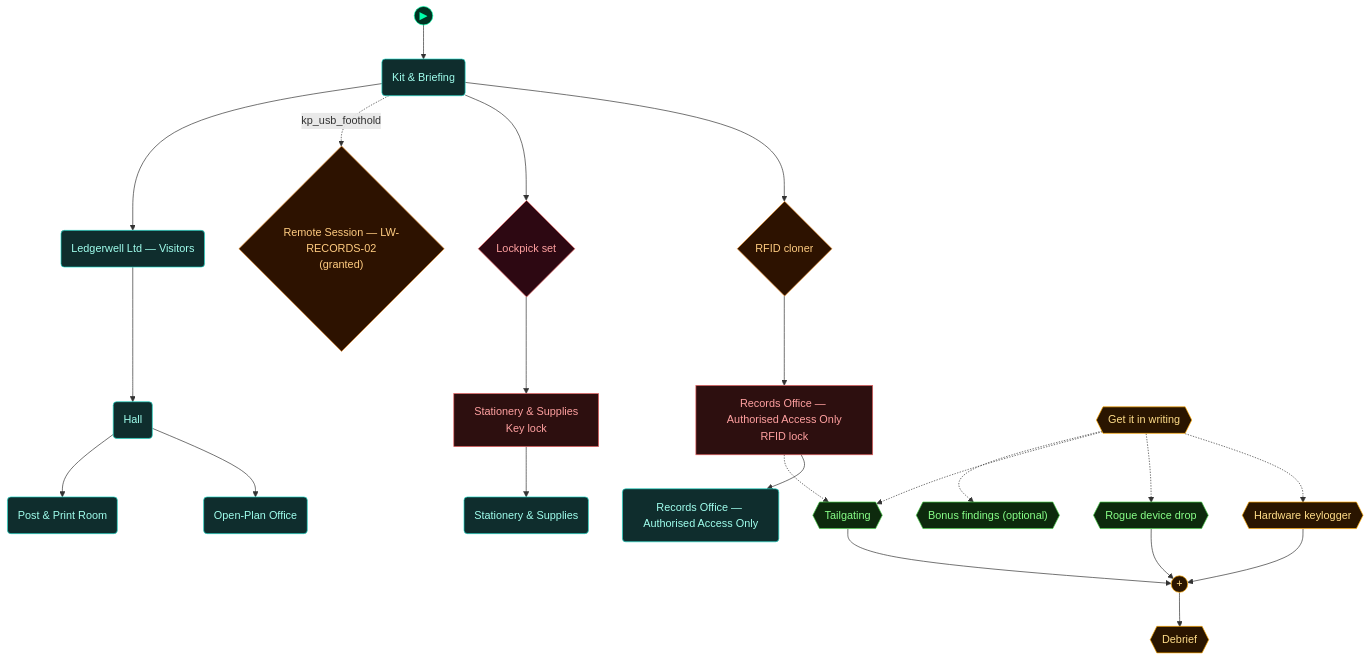
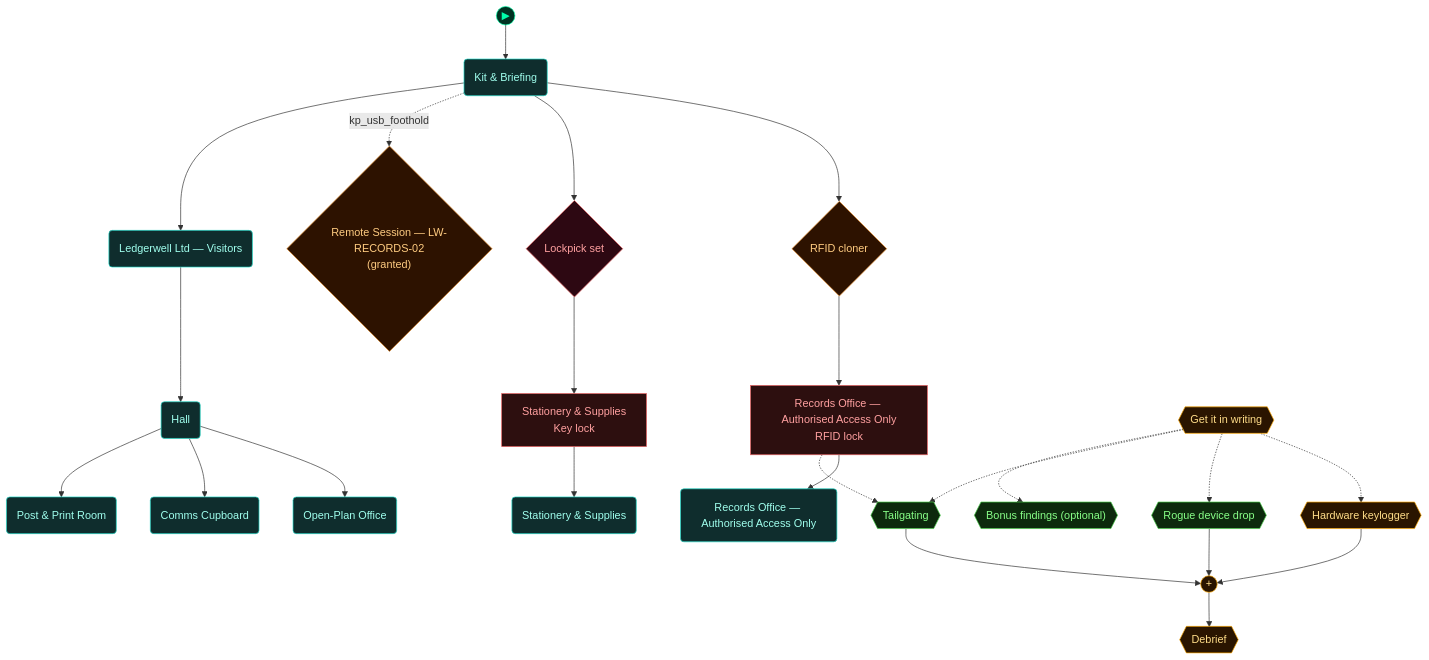
The third of 5 diagrams in scenarios/lab_physical_pentest/dungeon_graph.md (cliffe/BreakEscape), drawn with Mermaid before and after one commit. The commit also changed other lines of this file and 11 other files, not shown here.

First line of the commit message:
lab_physical_pentest expansion step 4: P3 comms cupboard + B1 drop-box beat; hall identity (option A)

````diff
--- a/scenarios/lab_physical_pentest/dungeon_graph.md
+++ b/scenarios/lab_physical_pentest/dungeon_graph.md
@@ -151,70 +153,72 @@
 ```mermaid
 flowchart TD
 
   classDef room      fill:#0f2d2d,stroke:#22ddcc,color:#a0ffee
   classDef lock      fill:#2d0f0f,stroke:#e66060,color:#ffa0a0
   classDef key       fill:#2d0812,stroke:#e66060,color:#ffa0a0
   classDef item      fill:#2d1200,stroke:#e89030,color:#ffcc80
   classDef gate      fill:#111,stroke:#666,color:#eee
   classDef vm        fill:#0c1f40,stroke:#4a90d9,color:#a0c8ff
   classDef flag      fill:#1a0c2d,stroke:#9060d0,color:#cc99ff
   classDef action    fill:#1a1200,stroke:#cc9922,color:#ffee88
   classDef aim       fill:#0d2a0d,stroke:#44cc44,color:#88ff88
   classDef aim_gate  fill:#111111,stroke:#44cc44,color:#44cc44
   classDef container fill:#1a2d1a,stroke:#60b060,color:#a0e0a0
   classDef npc       fill:#2d1f0d,stroke:#d0a050,color:#ffe0a0
   classDef critical  fill:#2a1500,stroke:#ffaa00,color:#ffdd88
   classDef start     fill:#003322,stroke:#00ffaa,color:#00ffaa
 
   node_start(("▶"))
   node_start --> briefing_room
 
   door_secure_area["Records Office — Authorised Access Only<br/>RFID lock"]
   secure_area("Records Office — Authorised Access Only")
   door_store_room["Stationery & Supplies<br/>Key lock"]
   store_room("Stationery & Supplies")
   briefing_room("Kit & Briefing")
   rfid_cloner{"RFID cloner"}
   lockpick_set{"Lockpick set"}
   grant_records_remote_session{"Remote Session — LW-RECORDS-02<br/>(granted)"}
   reception("Ledgerwell Ltd — Visitors")
   hall("Hall")
   open_plan("Open-Plan Office")
+  P3("Comms Cupboard")
   P1("Post & Print Room")
   aim_authorise{{"Get it in writing"}}
   aim_keylogger{{"Hardware keylogger"}}
   aim_usb{{"Rogue device drop"}}
   aim_tailgate{{"Tailgating"}}
   aim_bonus_beats{{"Bonus findings (optional)"}}
   aim_debrief{{"Debrief"}}
   aim_andgate_debrief((" + "))
 
   door_secure_area --> secure_area
   door_store_room --> store_room
   briefing_room --> rfid_cloner
   rfid_cloner --> door_secure_area
   briefing_room --> lockpick_set
   lockpick_set --> door_store_room
   briefing_room -.->|kp_usb_foothold| grant_records_remote_session
   briefing_room --> reception
   reception --> hall
   hall --> open_plan
+  hall --> P3
   hall --> P1
   aim_authorise -.-> aim_keylogger
   aim_authorise -.-> aim_usb
   aim_authorise -.-> aim_tailgate
   aim_authorise -.-> aim_bonus_beats
   aim_keylogger --> aim_andgate_debrief
   aim_usb --> aim_andgate_debrief
   aim_tailgate --> aim_andgate_debrief
   aim_andgate_debrief --> aim_debrief
   door_secure_area -.-> aim_tailgate
 
   class door_secure_area,door_store_room lock
-  class secure_area,store_room,briefing_room,reception,hall,open_plan,P1 room
+  class secure_area,store_room,briefing_room,reception,hall,open_plan,P3,P1 room
   class rfid_cloner,grant_records_remote_session item
   class lockpick_set key
   class aim_authorise,aim_keylogger,aim_debrief,aim_andgate_debrief critical
   class aim_usb,aim_tailgate,aim_bonus_beats aim
   class node_start start
 ```
````
